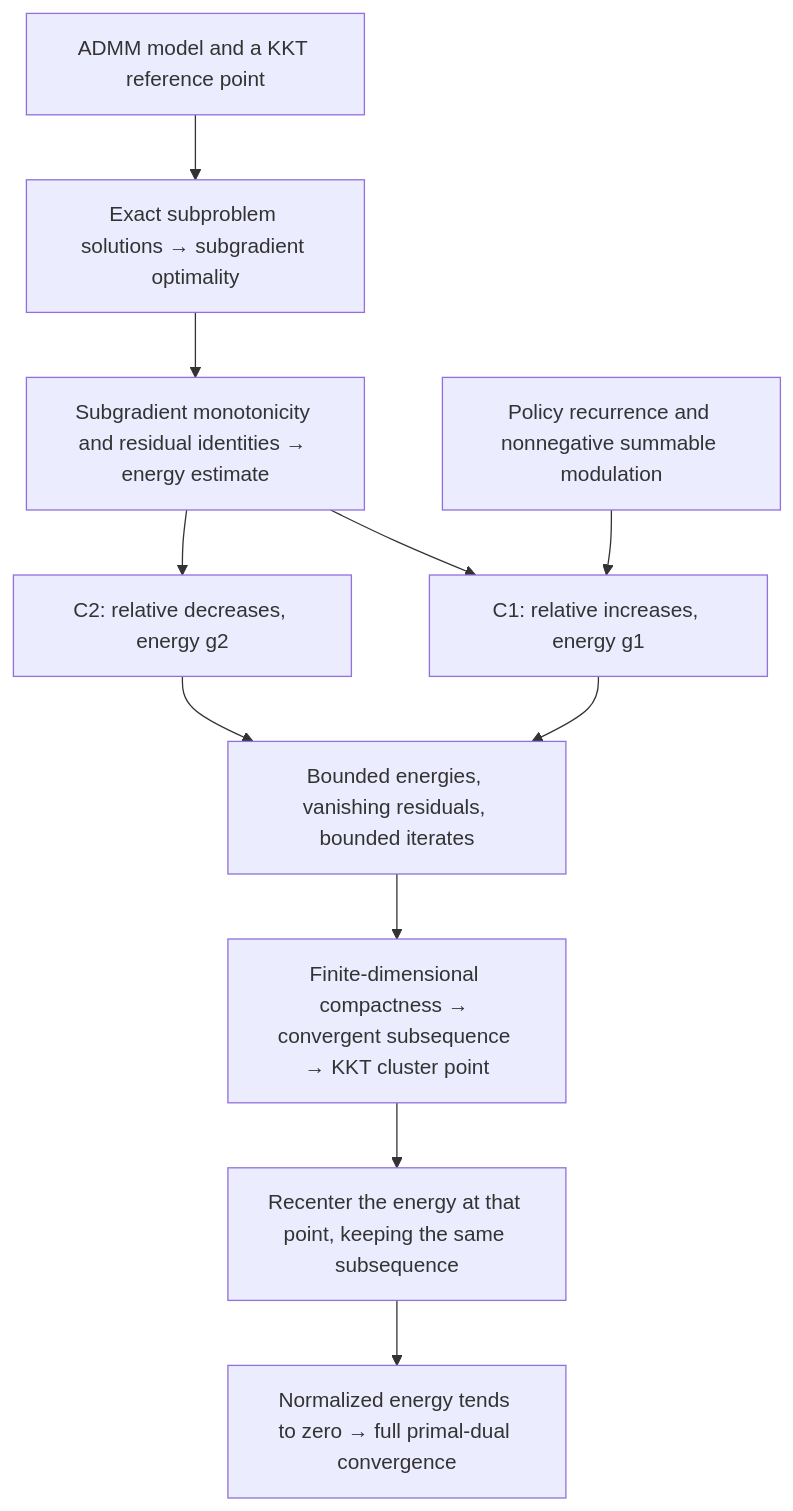
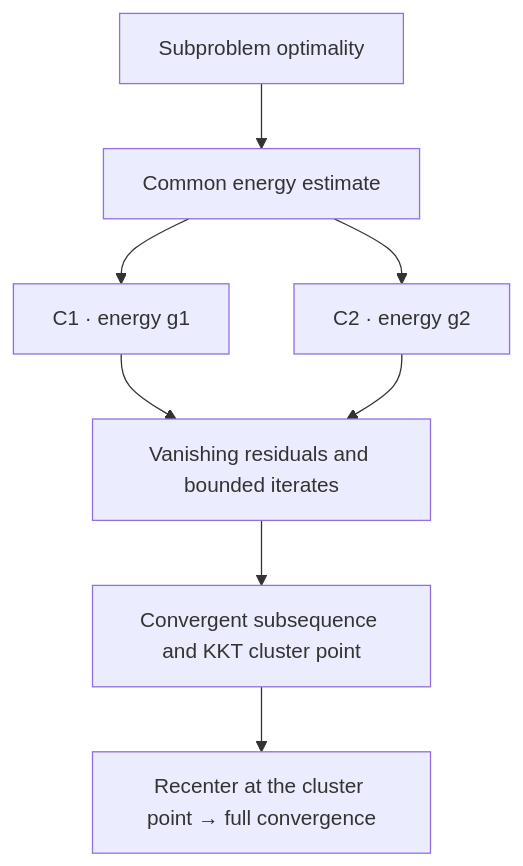
One commit to ConanXu-math/adaptive_admm changed the diagram in README.en.md. Above: the diagram before and after it, drawn with Mermaid. The commit also changed other lines of this file and 1 other file, not shown here.

````diff
--- a/README.en.md
+++ b/README.en.md
@@ -52,13 +38,10 @@
 ```mermaid
 flowchart TD
-    model["ADMM model and a KKT reference point"] --> optimality["Exact subproblem solutions → subgradient optimality"]
-    optimality --> descent["Subgradient monotonicity and residual identities → energy estimate"]
-    descent --> c1["C1: relative increases, energy g1"]
-    descent --> c2["C2: relative decreases, energy g2"]
-    policy["Policy recurrence and nonnegative summable modulation"] --> c1
-    c1 --> bounds["Bounded energies, vanishing residuals, bounded iterates"]
-    c2 --> bounds
-    bounds --> cluster["Finite-dimensional compactness → convergent subsequence → KKT cluster point"]
-    cluster --> recenter["Recenter the energy at that point, keeping the same subsequence"]
-    recenter --> limit["Normalized energy tends to zero → full primal-dual convergence"]
+    optimality["Subproblem optimality"] --> descent["Common energy estimate"]
+    descent --> c1["C1 · energy g1"]
+    descent --> c2["C2 · energy g2"]
+    c1 --> bounded["Vanishing residuals and bounded iterates"]
+    c2 --> bounded
+    bounded --> cluster["Convergent subsequence and KKT cluster point"]
+    cluster --> limit["Recenter at the cluster point → full convergence"]
 ```
````
